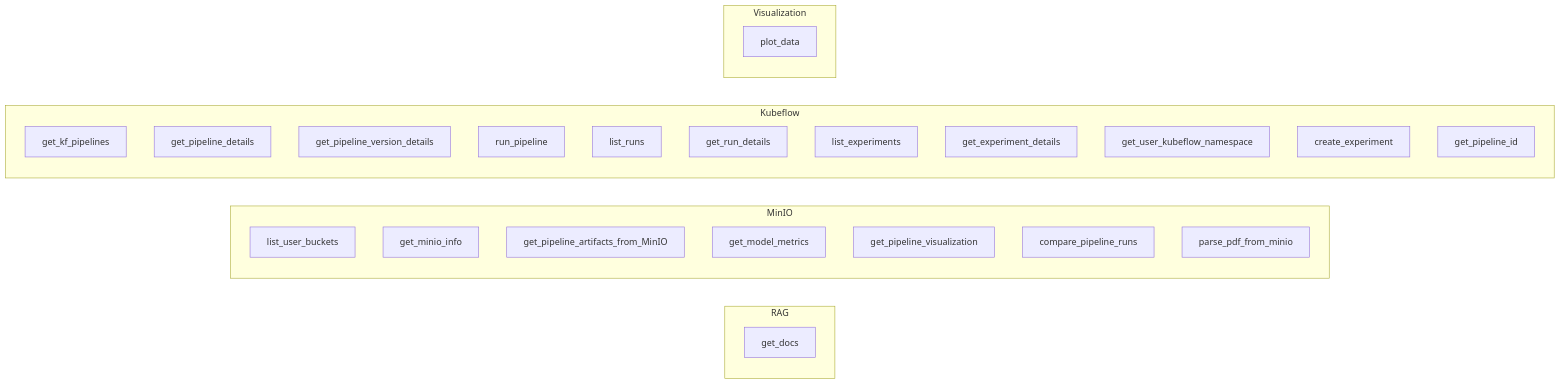
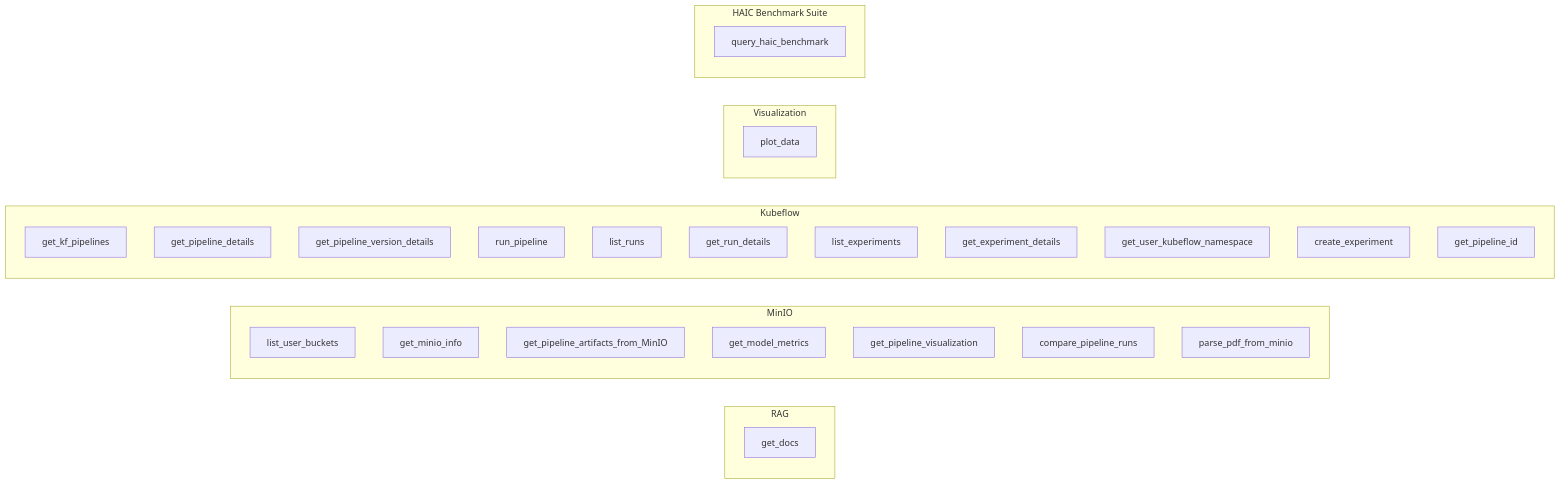
One commit to giorgosfatouros/humaine-swarm changed the diagram in docs/developers/03-agents-and-tools.md. Above: the diagram before and after it, drawn with Mermaid. The commit also changed other lines of this file and 16 other files, not shown here.

First line of the commit message:
feat(haic): add benchmark suite tool and live query routing

````diff
--- a/docs/developers/03-agents-and-tools.md
+++ b/docs/developers/03-agents-and-tools.md
@@ -25,31 +25,34 @@
 ```mermaid
 graph LR
     subgraph RAG [RAG]
         get_docs[get_docs]
     end
     subgraph MinIO [MinIO]
         list_user_buckets[list_user_buckets]
         get_minio_info[get_minio_info]
         get_pipeline_artifacts[get_pipeline_artifacts_from_MinIO]
         get_model_metrics[get_model_metrics]
         get_pipeline_visualization[get_pipeline_visualization]
         compare_pipeline_runs[compare_pipeline_runs]
         parse_pdf[parse_pdf_from_minio]
     end
     subgraph Kubeflow [Kubeflow]
         get_kf_pipelines[get_kf_pipelines]
         get_pipeline_details[get_pipeline_details]
         get_pipeline_version_details[get_pipeline_version_details]
         run_pipeline[run_pipeline]
         list_runs[list_runs]
         get_run_details[get_run_details]
         list_experiments[list_experiments]
         get_experiment_details[get_experiment_details]
         get_user_namespace[get_user_kubeflow_namespace]
         create_experiment[create_experiment]
         get_pipeline_id[get_pipeline_id]
     end
     subgraph Viz [Visualization]
         plot_data[plot_data]
     end
+    subgraph HAIC [HAIC Benchmark Suite]
+        query_haic[query_haic_benchmark]
+    end
 ```
````
